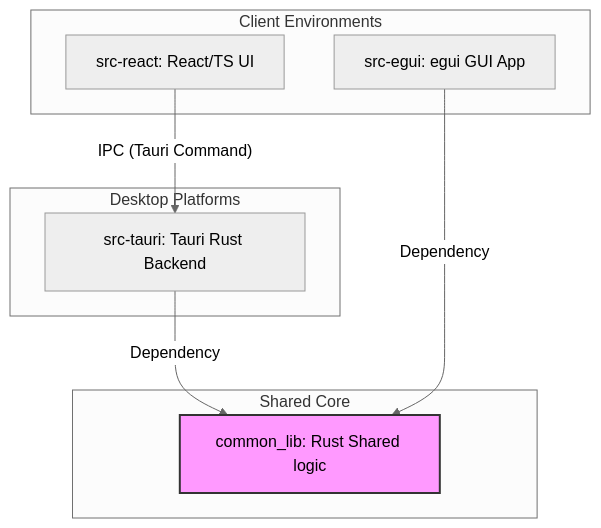
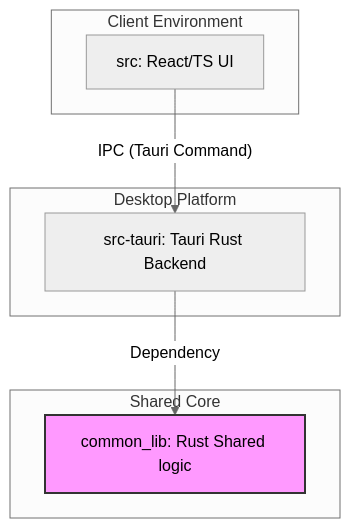
One commit to tkshnkgwr/SnippetFlow changed the first of 3 diagrams in docs/en/ARCHITECTURE.md. Above: the diagram before and after it, drawn with Mermaid (neutral theme). The commit also changed other lines of this file and 38 other files, not shown here.

````diff
--- a/docs/en/ARCHITECTURE.md
+++ b/docs/en/ARCHITECTURE.md
@@ -77,21 +72,19 @@
 ```mermaid
 graph TD
-    subgraph Client Environments
-        A[src-react: React/TS UI]
-        B[src-egui: egui GUI App]
+    subgraph Client Environment
+        A[src: React/TS UI]
     end
 
-    subgraph Desktop Platforms
+    subgraph Desktop Platform
         C[src-tauri: Tauri Rust Backend]
     end
 
     subgraph Shared Core
         D[common_lib: Rust Shared logic]
     end
 
     A -- "IPC (Tauri Command)" --> C
     C -- "Dependency" --> D
-    B -- "Dependency" --> D
 
     style D fill:#f9f,stroke:#333,stroke-width:2px
 ```
````
